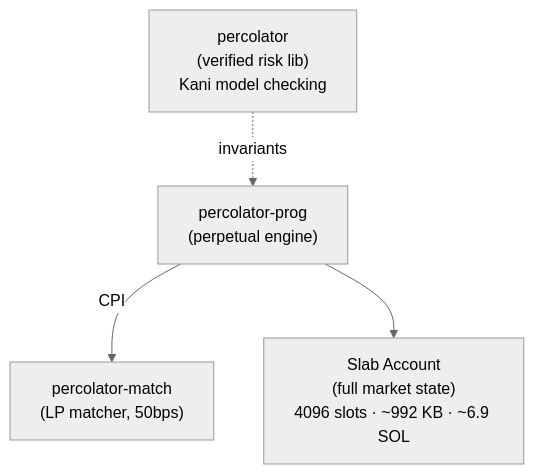
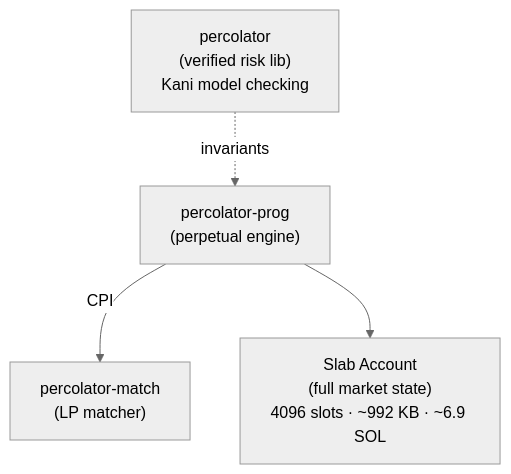
One commit to purpletrade/docs changed the diagram in programs.mdx. Above: the diagram before and after it, drawn with Mermaid (neutral theme). The commit also changed other lines of this file, not shown here.

````diff
--- a/programs.mdx
+++ b/programs.mdx
@@ -94,6 +56,6 @@
 ```mermaid
 graph TD
-    A["percolator-prog\n(perpetual engine)"] -->|CPI| B["percolator-match\n(LP matcher, 50bps)"]
+    A["percolator-prog\n(perpetual engine)"] -->|CPI| B["percolator-match\n(LP matcher)"]
     A --> C["Slab Account\n(full market state)\n4096 slots · ~992 KB · ~6.9 SOL"]
     D["percolator\n(verified risk lib)\nKani model checking"] -.->|invariants| A
 ```
````
